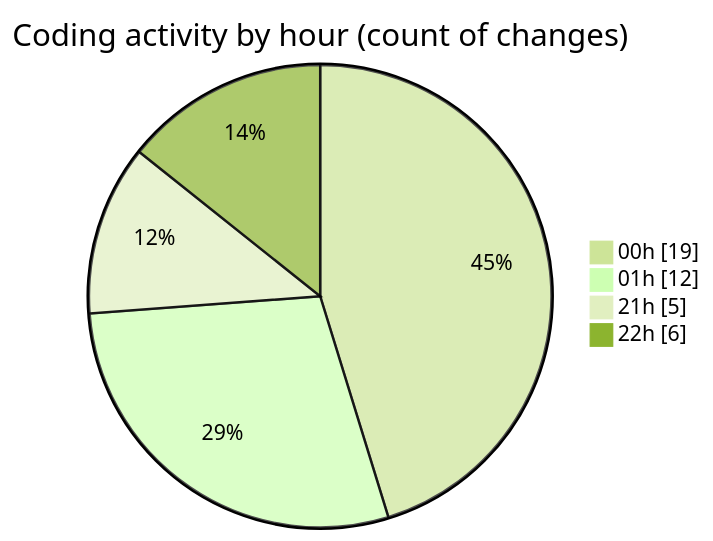
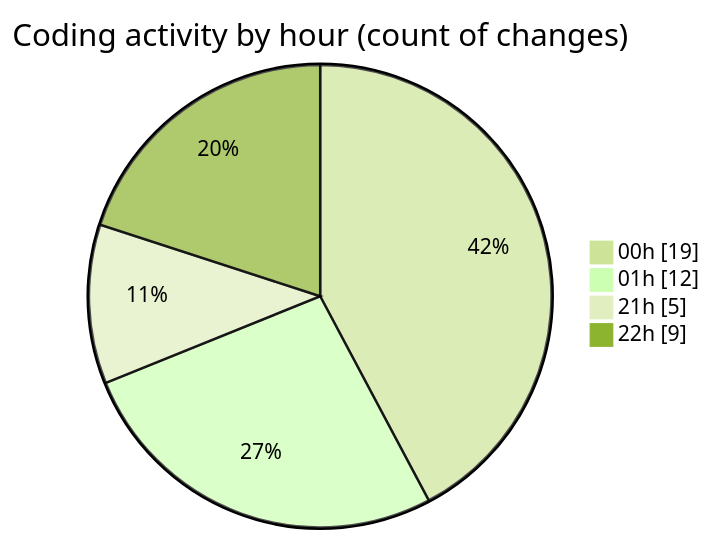
The second of 2 diagrams in 2025-12-11/technologie_web/README.md (hasnaa123/code-tracking), drawn with Mermaid (forest theme) before and after one commit. The commit also changed other lines of this file and 1 other file, not shown here.

````diff
--- a/2025-12-11/technologie_web/README.md
+++ b/2025-12-11/technologie_web/README.md
@@ -33,8 +33,8 @@
 ```mermaid
 pie showData
 title Coding activity by hour (count of changes)
 "00h" : 19
 "01h" : 12
 "21h" : 5
-"22h" : 6
+"22h" : 9
 ```
````
